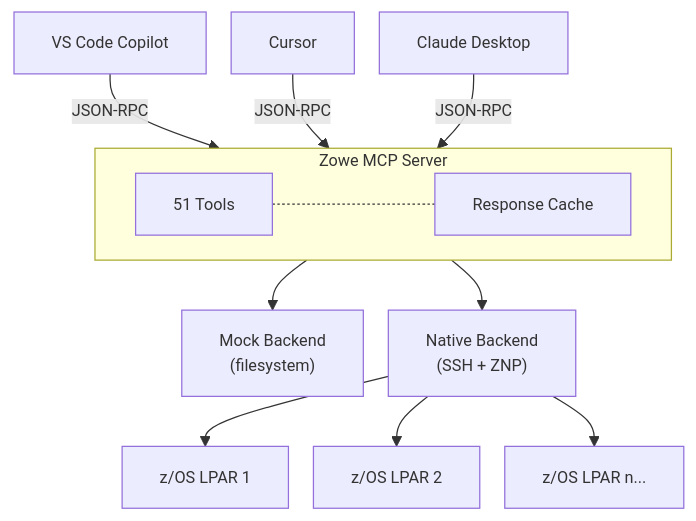
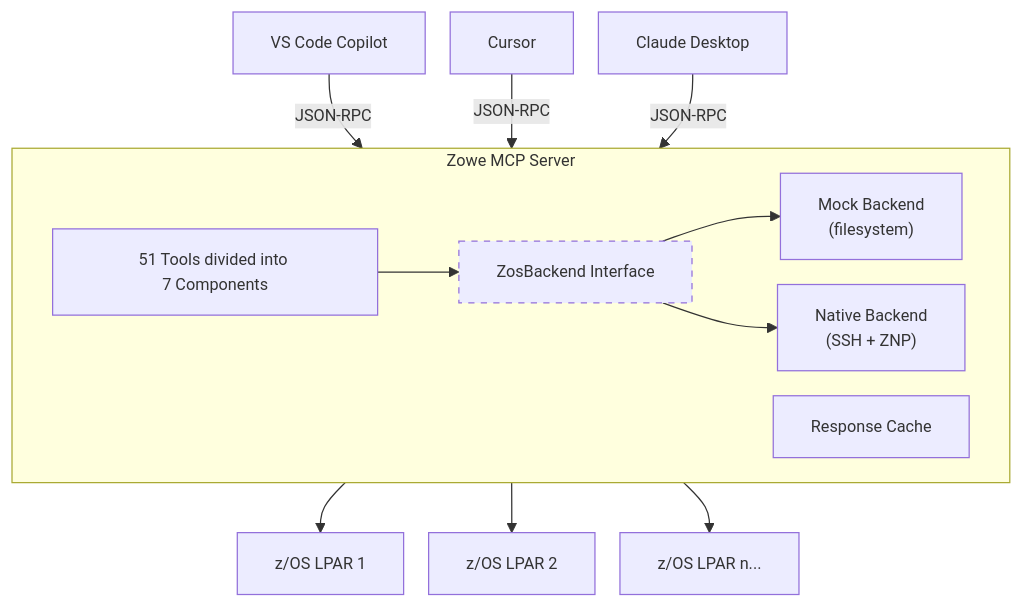
The first of 2 diagrams in presentations/zowe-mcp/slides.md (zowe/zowe-mcp), drawn with Mermaid before and after one commit. The commit also changed other lines of this file, not shown here.

First line of the commit message:
Update Zowe MCP presentation with extensibility roadmap and content refinements

````diff
--- a/presentations/zowe-mcp/slides.md
+++ b/presentations/zowe-mcp/slides.md
@@ -194,24 +194,30 @@
-```mermaid {scale: 0.9}
+```mermaid {scale: 0.8}
 ---
 config:
   flowchart:
     nodeSpacing: 20
     rankSpacing: 40
   themeVariables:
     fontSize: 13px
 ---
 flowchart TD
   Copilot["VS Code Copilot"] & CursorAI["Cursor"] & Claude["Claude Desktop"]
   Copilot & CursorAI & Claude -->|"JSON-RPC"| Server
 
   subgraph Server ["Zowe MCP Server"]
     direction LR
-    Tools["51 Tools"] -..- Cache["Response Cache"]
+    Tools["51 Tools divided into 7&nbsp;Components"]
+    Cache["Response Cache"]
+    Tools --> ZosBackendInterface
+    ZosBackendInterface["ZosBackend Interface"]
+    ZosBackendInterface --> Mock["Mock Backend<br/>(filesystem)"]
+    ZosBackendInterface --> Native["Native Backend<br/>(SSH + ZNP)"]
   end
 
-  Server --> Mock["Mock Backend<br/>(filesystem)"]
-  Server --> Native["Native Backend<br/>(SSH + ZNP)"]
+  classDef dottedStyle stroke-dasharray: 5 5
+  class ZosBackendInterface dottedStyle
+
   Native --> zOS1["z/OS LPAR 1"]
   Native --> zOS2["z/OS LPAR 2"]
   Native --> zOS3["z/OS LPAR n..."]
 ```
````
